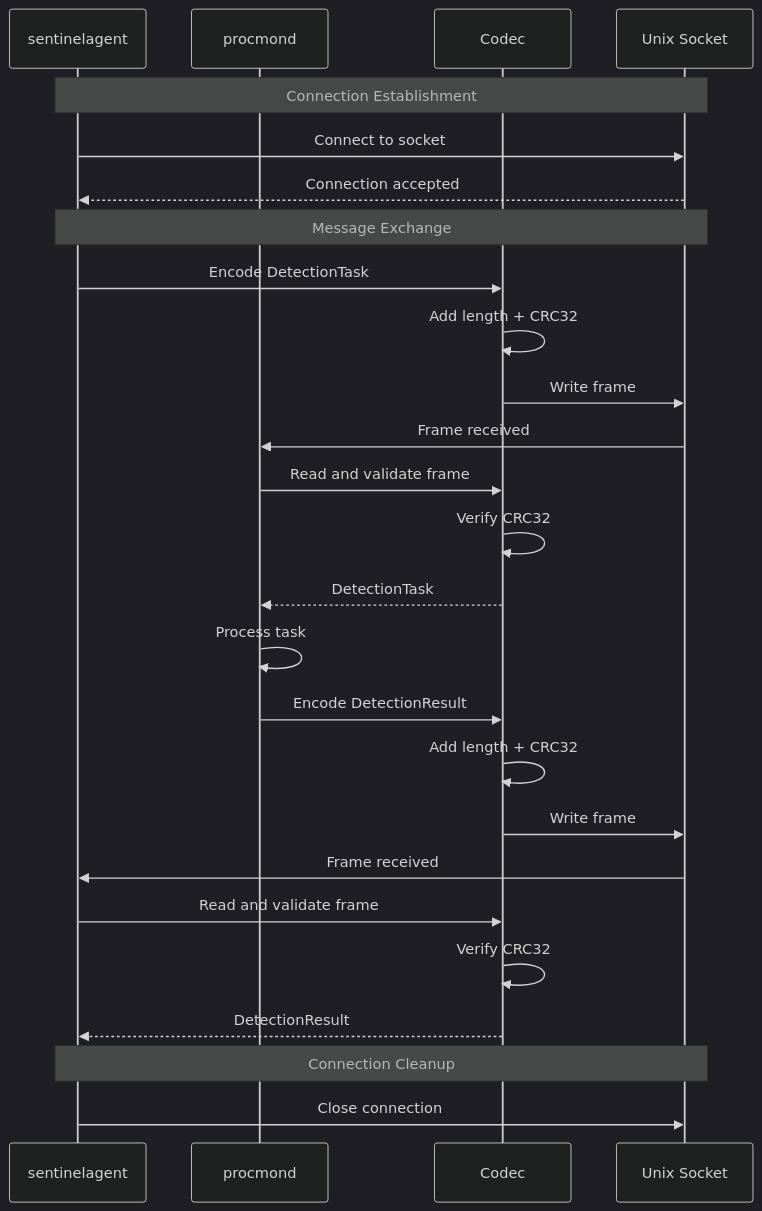
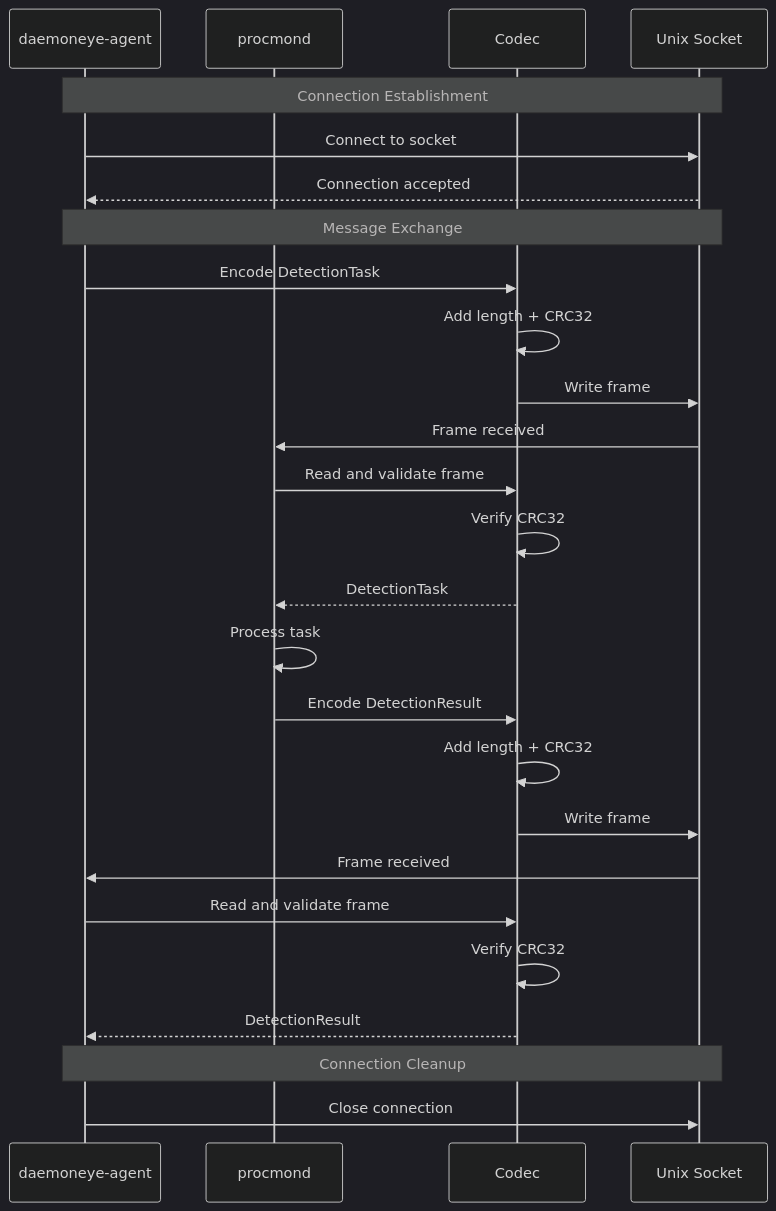
Before and after one commit to EvilBit-Labs/DaemonEye: the fourth of 6 diagrams in .kiro/specs/sentineld-core-monitoring/design.md, drawn with Mermaid (dark theme). The commit also changed other lines of this file and 211 other files, not shown here.

````diff
--- a/.kiro/specs/sentineld-core-monitoring/design.md
+++ b/.kiro/specs/sentineld-core-monitoring/design.md
@@ -595,33 +595,33 @@
 ```mermaid
 sequenceDiagram
-    participant SA as sentinelagent
+    participant SA as daemoneye-agent
     participant PM as procmond
     participant C as Codec
     participant UDS as Unix Socket
 
     Note over SA,UDS: Connection Establishment
     SA->>UDS: Connect to socket
     UDS-->>SA: Connection accepted
 
     Note over SA,UDS: Message Exchange
     SA->>C: Encode DetectionTask
     C->>C: Add length + CRC32
     C->>UDS: Write frame
     UDS->>PM: Frame received
     PM->>C: Read and validate frame
     C->>C: Verify CRC32
     C-->>PM: DetectionTask
 
     PM->>PM: Process task
 
     PM->>C: Encode DetectionResult
     C->>C: Add length + CRC32
     C->>UDS: Write frame
     UDS->>SA: Frame received
     SA->>C: Read and validate frame
     C->>C: Verify CRC32
     C-->>SA: DetectionResult
 
     Note over SA,UDS: Connection Cleanup
     SA->>UDS: Close connection
 ```
````
